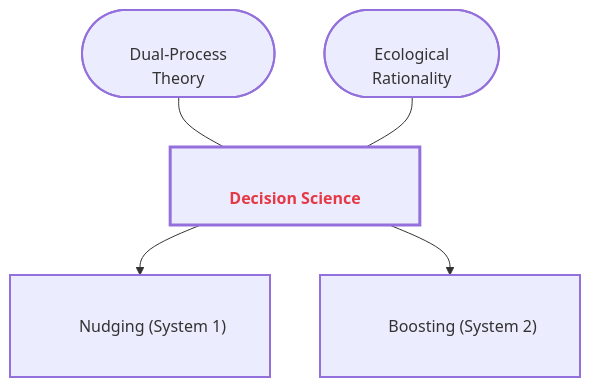
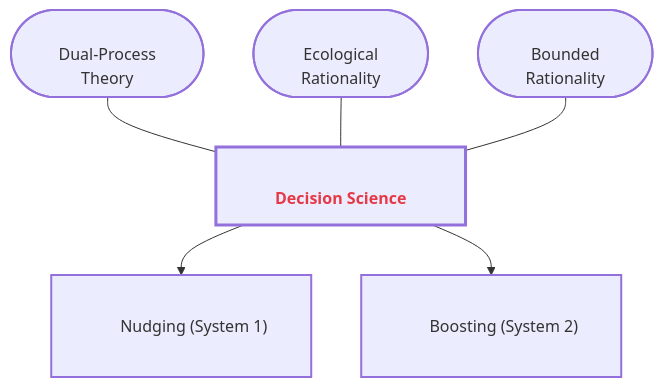
The fifth of 8 diagrams in Communication_Influence/Mastery_Guide_SOW_BS033.md (GM024/CourseSummaries), drawn with Mermaid before and after one commit. The commit also changed other lines of this file, not shown here.

````diff
--- a/Communication_Influence/Mastery_Guide_SOW_BS033.md
+++ b/Communication_Influence/Mastery_Guide_SOW_BS033.md
@@ -202,14 +206,15 @@
 ```mermaid
 %%{init: { 'flowchart': { 'padding': 30, 'useMaxWidth': false, 'htmlLabels': true }, 'theme': 'neutral', 'themeVariables': { 'fontSize': '12px', 'fontFamily': '-apple-system,BlinkMacSystemFont,"Segoe UI",Helvetica,Arial,sans-serif' }}}%%
 graph TD
     classDef sandbox stroke-width:2px;
     classDef hub stroke-width:3px,font-weight:bold;
 
     Hub["<br/>&nbsp;&nbsp;&nbsp;&nbsp;&nbsp;&nbsp; <span style='color:#e63946'><b>Decision Science</b></span> &nbsp;&nbsp;&nbsp;&nbsp;&nbsp;&nbsp;<br/>"]:::hub
     
     S1(["<br/>&nbsp;&nbsp;&nbsp;&nbsp;&nbsp;&nbsp; Dual-Process &nbsp;&nbsp;&nbsp;&nbsp;&nbsp;&nbsp;<br/>&nbsp;&nbsp;&nbsp;&nbsp;&nbsp;&nbsp; Theory &nbsp;&nbsp;&nbsp;&nbsp;&nbsp;&nbsp;<br/>"]):::sandbox --- Hub
     S2(["<br/>&nbsp;&nbsp;&nbsp;&nbsp;&nbsp;&nbsp; Ecological &nbsp;&nbsp;&nbsp;&nbsp;&nbsp;&nbsp;<br/>&nbsp;&nbsp;&nbsp;&nbsp;&nbsp;&nbsp; Rationality &nbsp;&nbsp;&nbsp;&nbsp;&nbsp;&nbsp;<br/>"]):::sandbox --- Hub
+    S3(["<br/>&nbsp;&nbsp;&nbsp;&nbsp;&nbsp;&nbsp; Bounded &nbsp;&nbsp;&nbsp;&nbsp;&nbsp;&nbsp;<br/>&nbsp;&nbsp;&nbsp;&nbsp;&nbsp;&nbsp; Rationality &nbsp;&nbsp;&nbsp;&nbsp;&nbsp;&nbsp;<br/>"]):::sandbox --- Hub
     
     Hub --> B1["<br/>&nbsp;&nbsp;&nbsp;&nbsp;&nbsp;&nbsp; Nudging (System 1) &nbsp;&nbsp;&nbsp;&nbsp;&nbsp;&nbsp;<br/>"]:::sandbox
     Hub --> B2["<br/>&nbsp;&nbsp;&nbsp;&nbsp;&nbsp;&nbsp; Boosting (System 2) &nbsp;&nbsp;&nbsp;&nbsp;&nbsp;&nbsp;<br/>"]:::sandbox
 ```
````
